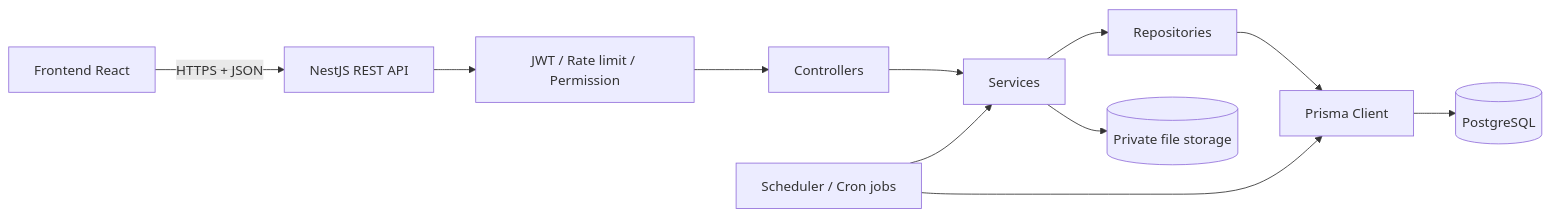
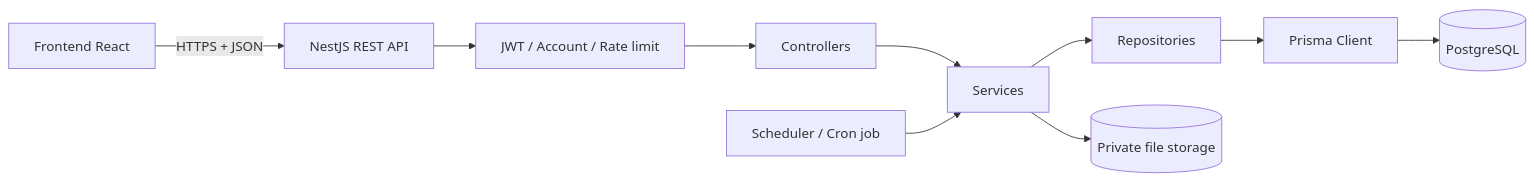
Before and after one commit to tuyennd99/cham-diem-ocop: the third of 5 diagrams in docs/backend-architecture.md, drawn with Mermaid. The commit also changed other lines of this file and 8 other files, not shown here.

First line of the commit message:
docs(be): architecture reflects per-task organization assignment

````diff
--- a/docs/backend-architecture.md
+++ b/docs/backend-architecture.md
@@ -142,19 +204,18 @@
 ```mermaid
 flowchart LR
     FE["Frontend React"]
     API["NestJS REST API"]
-    GUARD["JWT / Rate limit / Permission"]
+    GUARD["JWT / Account / Rate limit"]
     CTRL["Controllers"]
     SVC["Services"]
     REPO["Repositories"]
     PRISMA["Prisma Client"]
     DB[("PostgreSQL")]
     FILES[("Private file storage")]
-    JOB["Scheduler / Cron jobs"]
+    JOB["Scheduler / Cron job"]
 
     FE -->|HTTPS + JSON| API
     API --> GUARD --> CTRL --> SVC --> REPO --> PRISMA --> DB
     SVC --> FILES
     JOB --> SVC
-    JOB --> PRISMA
 ```
````
